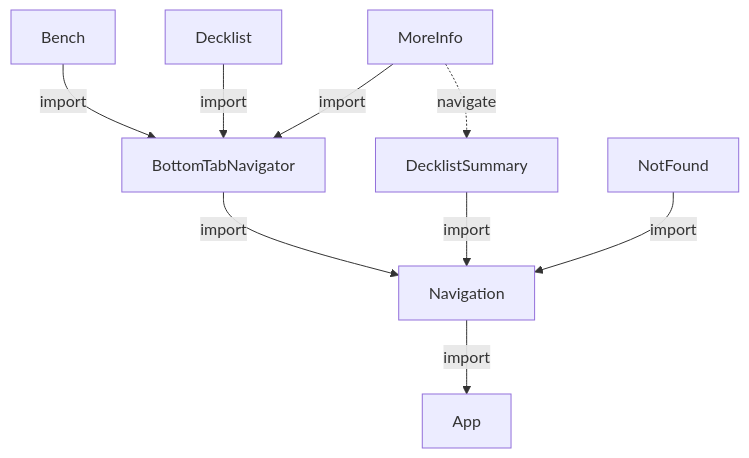
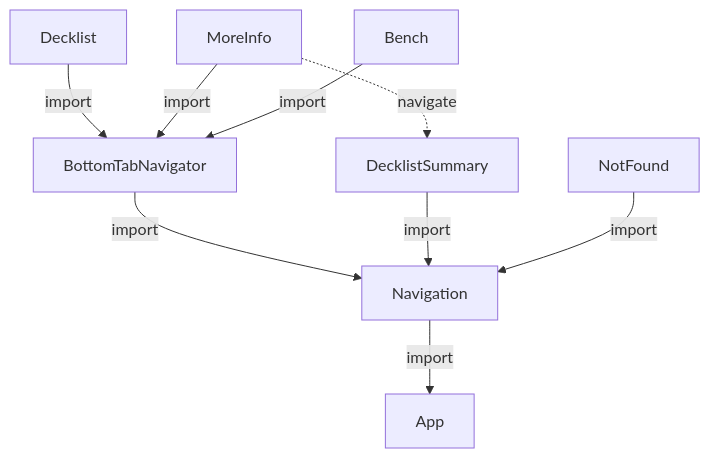
The diagram in README.md (oceanicsdotio/magic-the-gathering), drawn with Mermaid before and after one commit. The commit also changed other lines of this file and 6 other files, not shown here.

````diff
--- a/README.md
+++ b/README.md
@@ -19,11 +29,13 @@
 ```mermaid
 graph TD
-    Navigation -- import --> App;
-    BottomTabNavigator -- import --> Navigation;
-    DecklistSummary -- import --> Navigation;
-    NotFound -- import --> Navigation;
-    Bench -- import --> BottomTabNavigator;
-    Decklist -- import --> BottomTabNavigator;
-    MoreInfo -- import --> BottomTabNavigator;
-    MoreInfo -. navigate .-> DecklistSummary
+    Decklist & MoreInfo & Bench 
+        -- import --> BottomTabNavigator;
+    Navigation 
+        -- import --> App;
+    BottomTabNavigator & DecklistSummary 
+        -- import --> Navigation;
+    NotFound 
+        -- import --> Navigation;
+    MoreInfo 
+        -. navigate .-> DecklistSummary;
 ```
````
